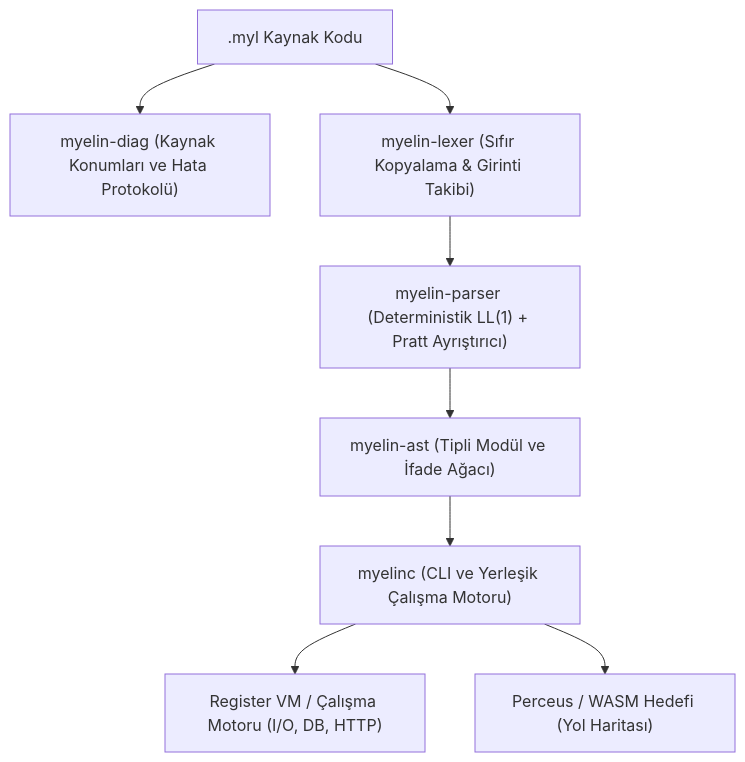
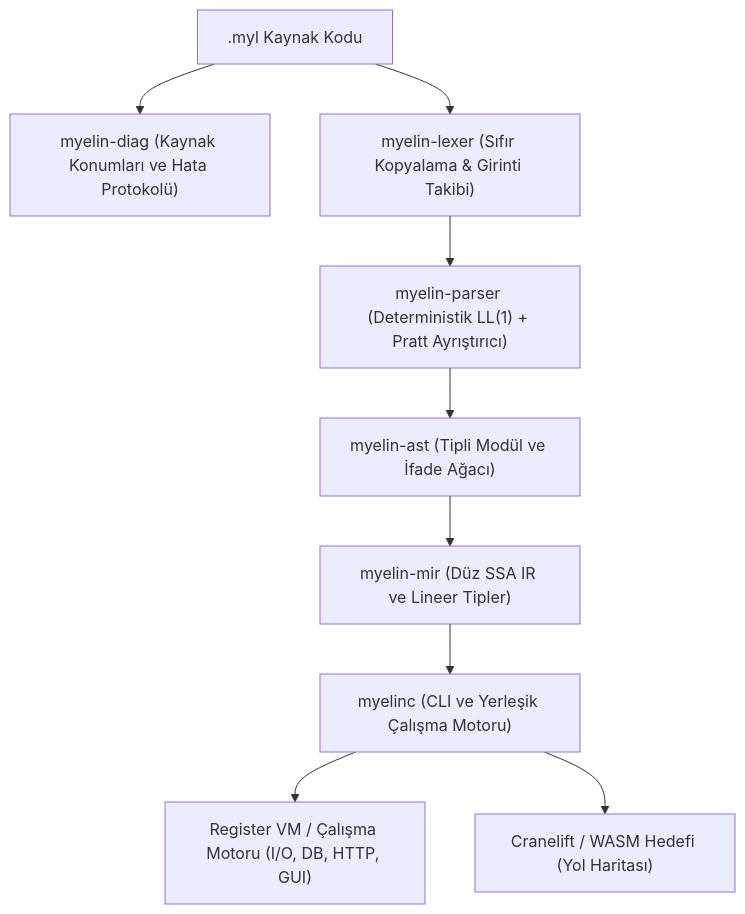
One commit to muscankaraoglu/myelin-lang changed the diagram in wiki/tr/guide/mimari.md. Above: the diagram before and after it, drawn with Mermaid. The commit also changed other lines of this file and 9 other files, not shown here.

Commit message:
feat(mir): introduce myelin-mir crate with Flat SSA lowering and Austral linear resource checking

````diff
--- a/wiki/tr/guide/mimari.md
+++ b/wiki/tr/guide/mimari.md
@@ -5,10 +5,11 @@
 ```mermaid
 flowchart TD
     Kaynak[".myl Kaynak Kodu"] --> Diag["myelin-diag (Kaynak Konumları ve Hata Protokolü)"]
     Kaynak --> Lexer["myelin-lexer (Sıfır Kopyalama & Girinti Takibi)"]
     Lexer --> Parser["myelin-parser (Deterministik LL(1) + Pratt Ayrıştırıcı)"]
     Parser --> AST["myelin-ast (Tipli Modül ve İfade Ağacı)"]
-    AST --> CLI["myelinc (CLI ve Yerleşik Çalışma Motoru)"]
-    CLI --> VM["Register VM / Çalışma Motoru (I/O, DB, HTTP)"]
-    CLI --> Native["Perceus / WASM Hedefi (Yol Haritası)"]
+    AST --> MIR["myelin-mir (Düz SSA IR ve Lineer Tipler)"]
+    MIR --> CLI["myelinc (CLI ve Yerleşik Çalışma Motoru)"]
+    CLI --> VM["Register VM / Çalışma Motoru (I/O, DB, HTTP, GUI)"]
+    CLI --> Native["Cranelift / WASM Hedefi (Yol Haritası)"]
 ```
````
